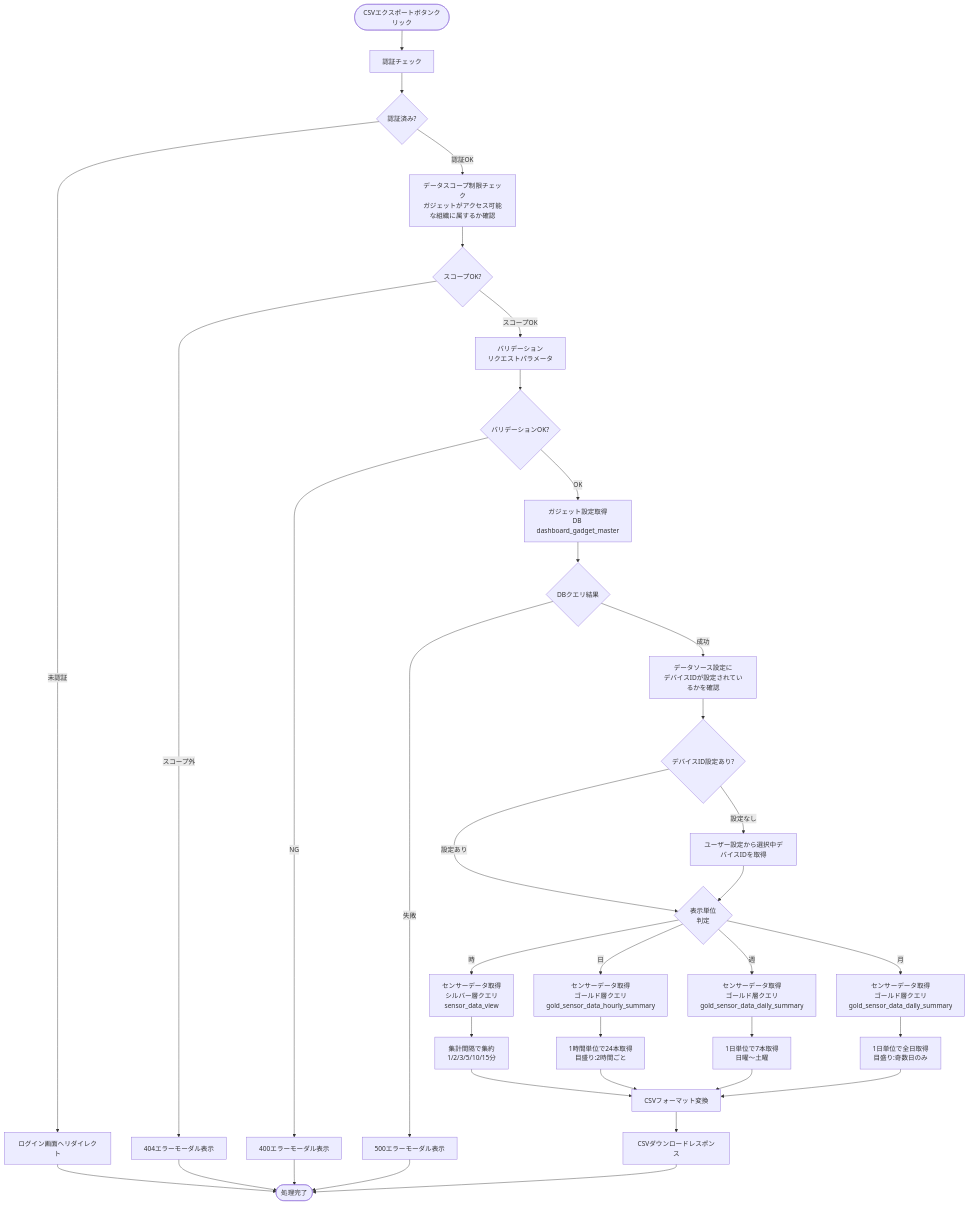
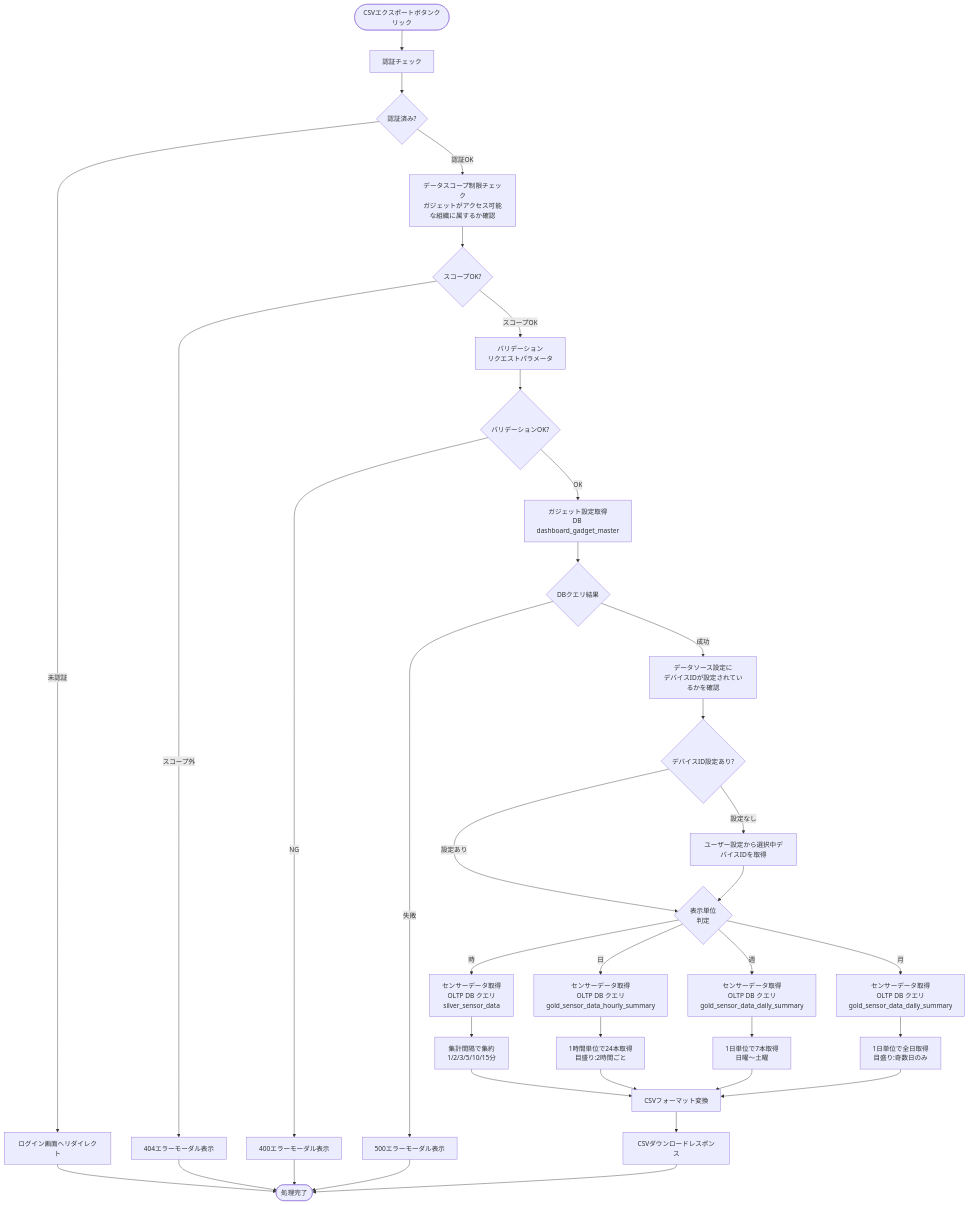
Before and after one commit to NSW-SVCP-AIWG002/Databricks-IoT: the fourth of 4 diagrams in docs/03-features/flask-app/customer-dashboard/bar-chart/workflow-specification.md, drawn with Mermaid. The commit also changed other lines of this file and 1 other file, not shown here.

Commit message:
棒グラフ 実装コード反映、データスコープ制御修正、UC → OLTP DB へのデータ移行修正

````diff
--- a/docs/03-features/flask-app/customer-dashboard/bar-chart/workflow-specification.md
+++ b/docs/03-features/flask-app/customer-dashboard/bar-chart/workflow-specification.md
@@ -1085,50 +1522,50 @@
 ```mermaid
 flowchart TD
     Start([CSVエクスポートボタンクリック]) --> Auth[認証チェック]
     Auth --> CheckAuth{認証済み?}
     CheckAuth -->|未認証| LoginRedirect[ログイン画面へリダイレクト]
     CheckAuth -->|認証OK| Scope[データスコープ制限チェック<br>ガジェットがアクセス可能な組織に属するか確認]
 
     Scope --> CheckScope{スコープOK?}
     CheckScope -->|スコープ外| Error404[404エラーモーダル表示]
     CheckScope -->|スコープOK| Validate[バリデーション<br>リクエストパラメータ]
 
     Validate --> CheckValidate{バリデーションOK?}
     CheckValidate -->|NG| Error400[400エラーモーダル表示]
     CheckValidate -->|OK| GetConfig[ガジェット設定取得<br>DB dashboard_gadget_master]
 
     GetConfig --> CheckGetConfig{DBクエリ結果}
     CheckGetConfig -->|失敗| Error500[500エラーモーダル表示]
     CheckGetConfig -->|成功| CheckDeviceId[データソース設定に<br>デバイスIDが設定されているかを確認]
 
     CheckDeviceId --> ExistDeviceId{デバイスID設定あり?}
     ExistDeviceId -->|設定なし| GetUserSetting[ユーザー設定から選択中デバイスIDを取得]
     ExistDeviceId -->|設定あり| UnitCheck{表示単位<br>判定}
 
     GetUserSetting --> UnitCheck
 
-    UnitCheck -->|時| QuerySilver[センサーデータ取得<br>シルバー層クエリ<br>sensor_data_view]
+    UnitCheck -->|時| QuerySilver[センサーデータ取得<br>OLTP DB クエリ<br>silver_sensor_data]
     QuerySilver --> AggregateSilver[集計間隔で集約<br>1/2/3/5/10/15分]
 
-    UnitCheck -->|日| QueryGoldDay[センサーデータ取得<br>ゴールド層クエリ<br>gold_sensor_data_hourly_summary]
+    UnitCheck -->|日| QueryGoldDay[センサーデータ取得<br>OLTP DB クエリ<br>gold_sensor_data_hourly_summary]
     QueryGoldDay --> AggregateDay[1時間単位で24本取得<br>目盛り:2時間ごと]
 
-    UnitCheck -->|週| QueryGoldWeek[センサーデータ取得<br>ゴールド層クエリ<br>gold_sensor_data_daily_summary]
+    UnitCheck -->|週| QueryGoldWeek[センサーデータ取得<br>OLTP DB クエリ<br>gold_sensor_data_daily_summary]
     QueryGoldWeek --> AggregateWeek[1日単位で7本取得<br>日曜〜土曜]
 
-    UnitCheck -->|月| QueryGoldMonth[センサーデータ取得<br>ゴールド層クエリ<br>gold_sensor_data_daily_summary]
+    UnitCheck -->|月| QueryGoldMonth[センサーデータ取得<br>OLTP DB クエリ<br>gold_sensor_data_daily_summary]
     QueryGoldMonth --> AggregateMonth[1日単位で全日取得<br>目盛り:奇数日のみ]
 
     AggregateSilver --> FormatCSV[CSVフォーマット変換]
     AggregateDay --> FormatCSV
     AggregateWeek --> FormatCSV
     AggregateMonth --> FormatCSV
 
     FormatCSV --> Response[CSVダウンロードレスポンス]
 
     LoginRedirect --> End([処理完了])
     Error404 --> End
     Error400 --> End
     Error500 --> End
     Response --> End
 ```
````
